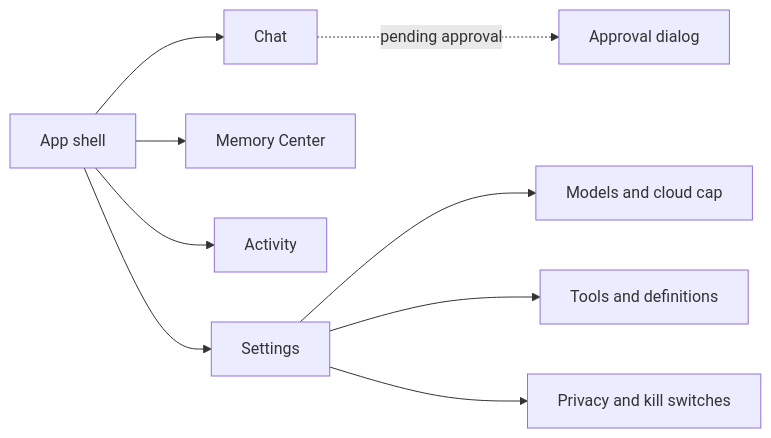
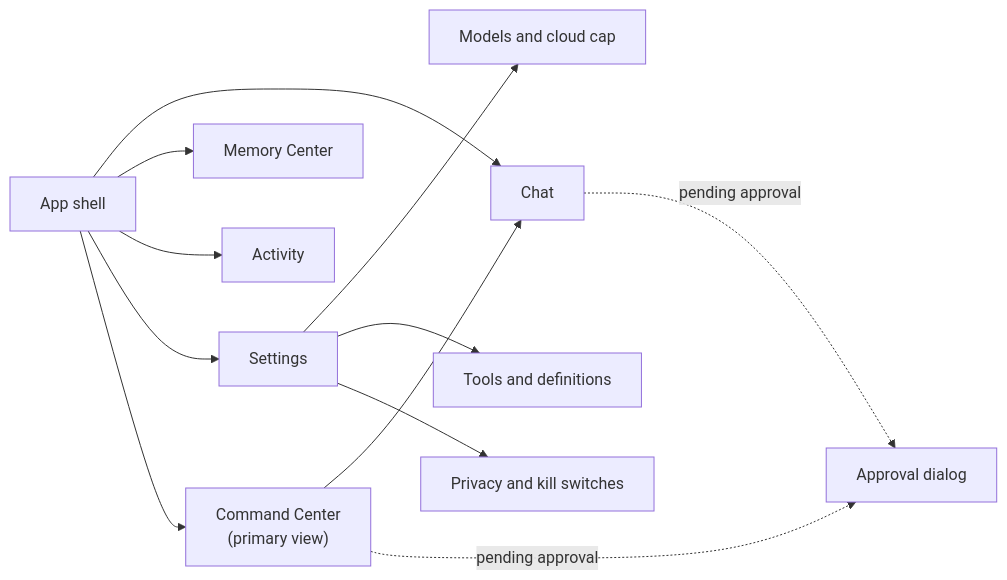
One commit to eerenyilmazz/mell-assistant changed diagram 21 of 21 in docs/PLAN.md. Above: the diagram before and after it, drawn with Mermaid. The commit also changed other lines of this file and 3 other files, not shown here.

First line of the commit message:
docs(ui): command-center design direction and HUD concept

````diff
--- a/docs/PLAN.md
+++ b/docs/PLAN.md
@@ -1307,11 +1310,14 @@
 ```mermaid
 flowchart LR
     SHELL["App shell"] --> CHAT["Chat"]
     SHELL --> MEMC["Memory Center"]
     SHELL --> ACT["Activity"]
     SHELL --> SET["Settings"]
     SET --> MODELS["Models and cloud cap"]
     SET --> TOOLS["Tools and definitions"]
     SET --> PRIV["Privacy and kill switches"]
+    CC["Command Center<br/>(primary view)"] --> CHAT
+    SHELL --> CC
+    CC -.->|"pending approval"| APPR
     CHAT -.->|"pending approval"| APPR["Approval dialog"]
 ```
````
